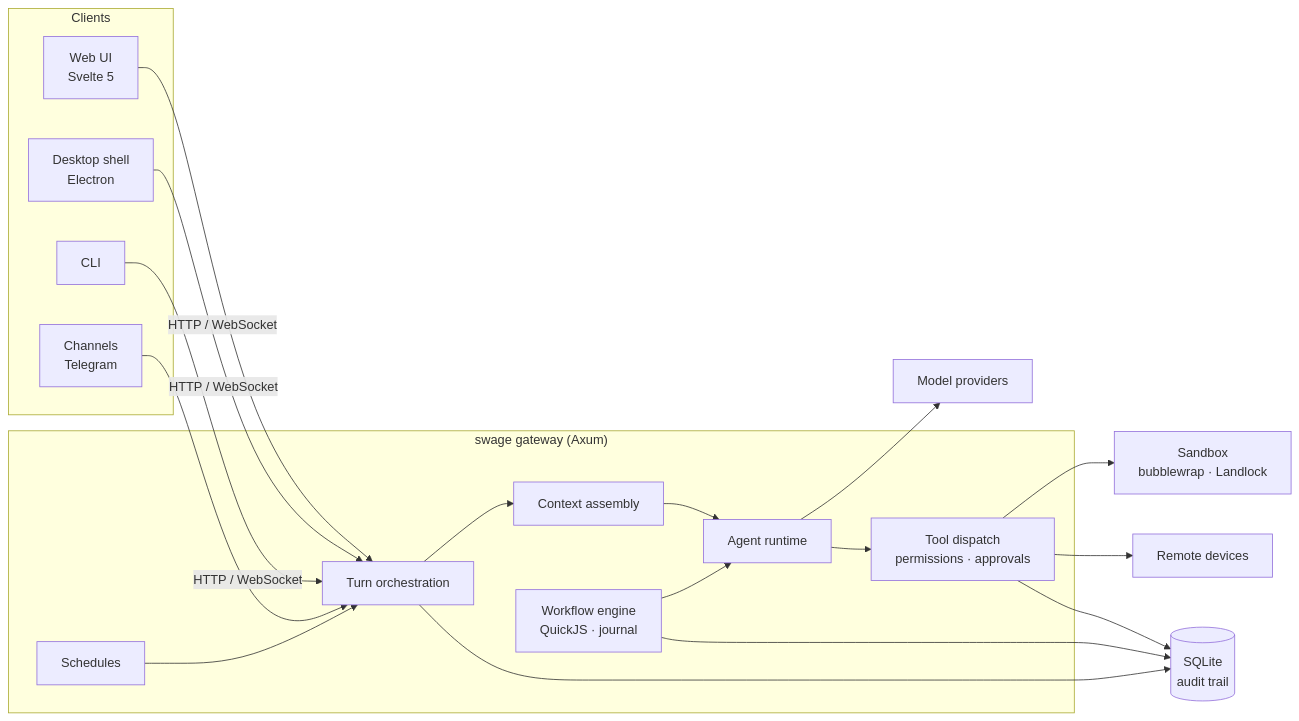
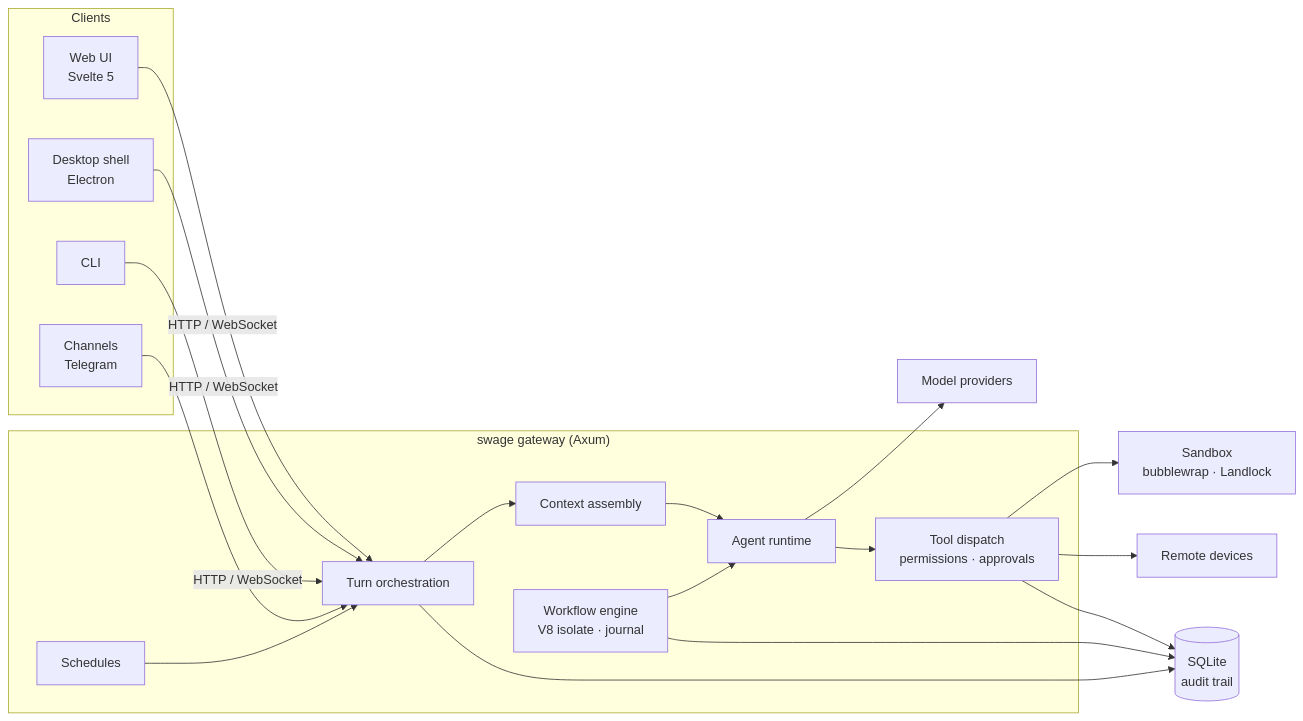
One commit to BFJ-Concerns/Swage changed the diagram in README.md. Above: the diagram before and after it, drawn with Mermaid. The commit also changed other lines of this file and 26 other files, not shown here.

````diff
--- a/README.md
+++ b/README.md
@@ -127,32 +133,32 @@
 ```mermaid
 flowchart LR
     subgraph Clients
         UI[Web UI<br/>Svelte 5]
         Desktop[Desktop shell<br/>Electron]
         CLI[CLI]
         Channels[Channels<br/>Telegram]
     end
     subgraph Gateway["swage gateway (Axum)"]
         Turn[Turn orchestration]
         Context[Context assembly]
         Agent[Agent runtime]
         Tools[Tool dispatch<br/>permissions · approvals]
-        Workflow[Workflow engine<br/>QuickJS · journal]
+        Workflow[Workflow engine<br/>V8 isolate · journal]
         Schedule[Schedules]
     end
     Store[(SQLite<br/>audit trail)]
     Providers[Model providers]
     Sandbox[Sandbox<br/>bubblewrap · Landlock]
     Devices[Remote devices]
 
     UI & Desktop & CLI -- HTTP / WebSocket --> Turn
     Channels --> Turn
     Schedule --> Turn
     Turn --> Context --> Agent
     Agent --> Providers
     Agent --> Tools
     Workflow --> Agent
     Tools --> Sandbox
     Tools --> Devices
     Turn & Tools & Workflow --> Store
 ```
````
